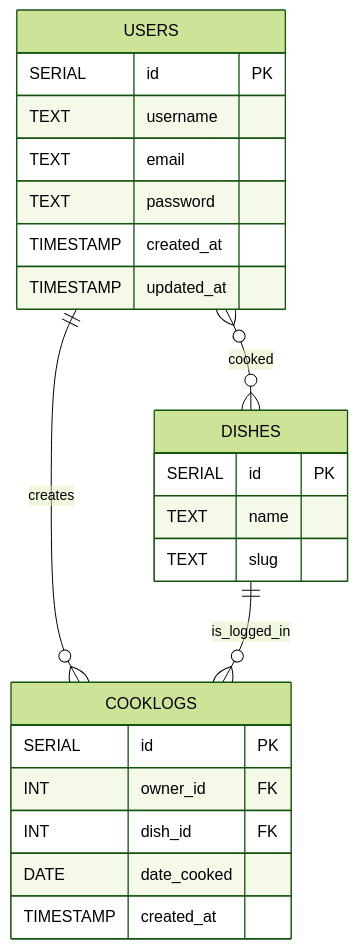
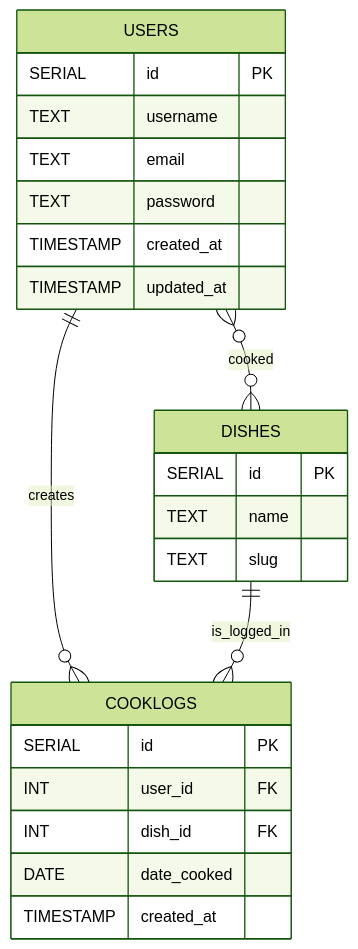
One commit to manav-gkmit/kya-saabzi-docs changed the diagram in docs/architecture/data-model.md. Above: the diagram before and after it, drawn with Mermaid (forest theme). The commit also changed other lines of this file and 2 other files, not shown here.

Commit message:
docs: Added database indexing

````diff
--- a/docs/architecture/data-model.md
+++ b/docs/architecture/data-model.md
@@ -3,29 +3,29 @@
 ```mermaid
 erDiagram
     USERS {
         SERIAL id PK
         TEXT username
         TEXT email
         TEXT password
         TIMESTAMP created_at
         TIMESTAMP updated_at
     }
 
     DISHES {
         SERIAL id PK
         TEXT name
         TEXT slug
     }
 
     COOKLOGS {
         SERIAL id PK
-        INT owner_id FK
+        INT user_id FK
         INT dish_id FK
         DATE date_cooked
         TIMESTAMP created_at
     }
 
     USERS ||--o{ COOKLOGS : creates
     DISHES ||--o{ COOKLOGS : is_logged_in
     USERS }o--o{ DISHES : cooked
 ```
````
